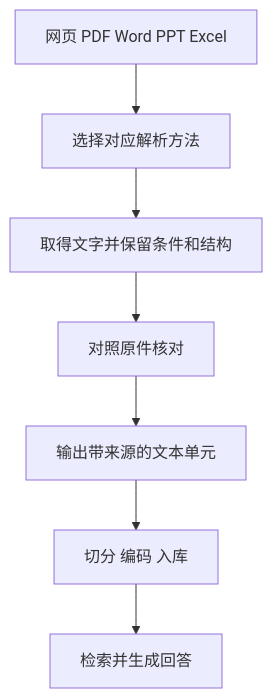
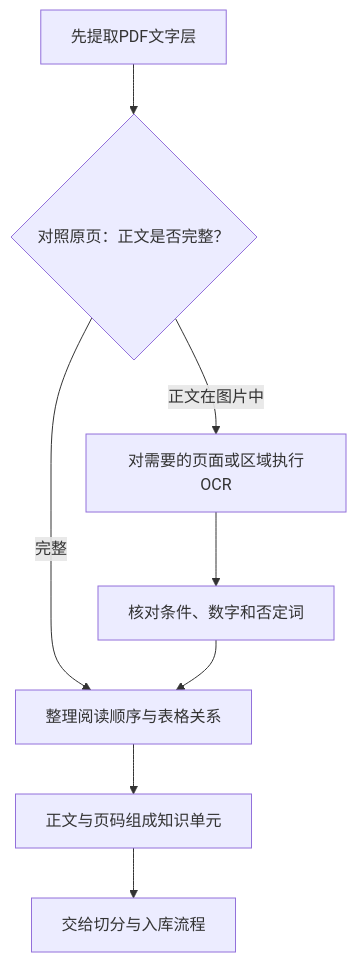
One commit to benx92/ai-learning-notes changed the fourth of 8 diagrams in 14-文档解析工具链网页PDFWordPPTExcel怎么进知识库.md. Above: the diagram before and after it, drawn with Mermaid. The commit also changed other lines of this file and 76 other files, not shown here.

````diff
--- a/14-文档解析工具链网页PDFWordPPTExcel怎么进知识库.md
+++ b/14-文档解析工具链网页PDFWordPPTExcel怎么进知识库.md
@@ -562,9 +230,10 @@
 ```mermaid
 flowchart TD
-    A[网页 PDF Word PPT Excel] --> B[选择对应解析方法]
-    B --> C[取得文字并保留条件和结构]
-    C --> D[对照原件核对]
-    D --> E[输出带来源的文本单元]
-    E --> F[切分 编码 入库]
-    F --> G[检索并生成回答]
+    A["先提取PDF文字层"] --> B{"对照原页：正文是否完整？"}
+    B -->|完整| C["整理阅读顺序与表格关系"]
+    B -->|正文在图片中| D["对需要的页面或区域执行OCR"]
+    D --> E["核对条件、数字和否定词"]
+    E --> C
+    C --> F["正文与页码组成知识单元"]
+    F --> G["交给切分与入库流程"]
 ```
````
